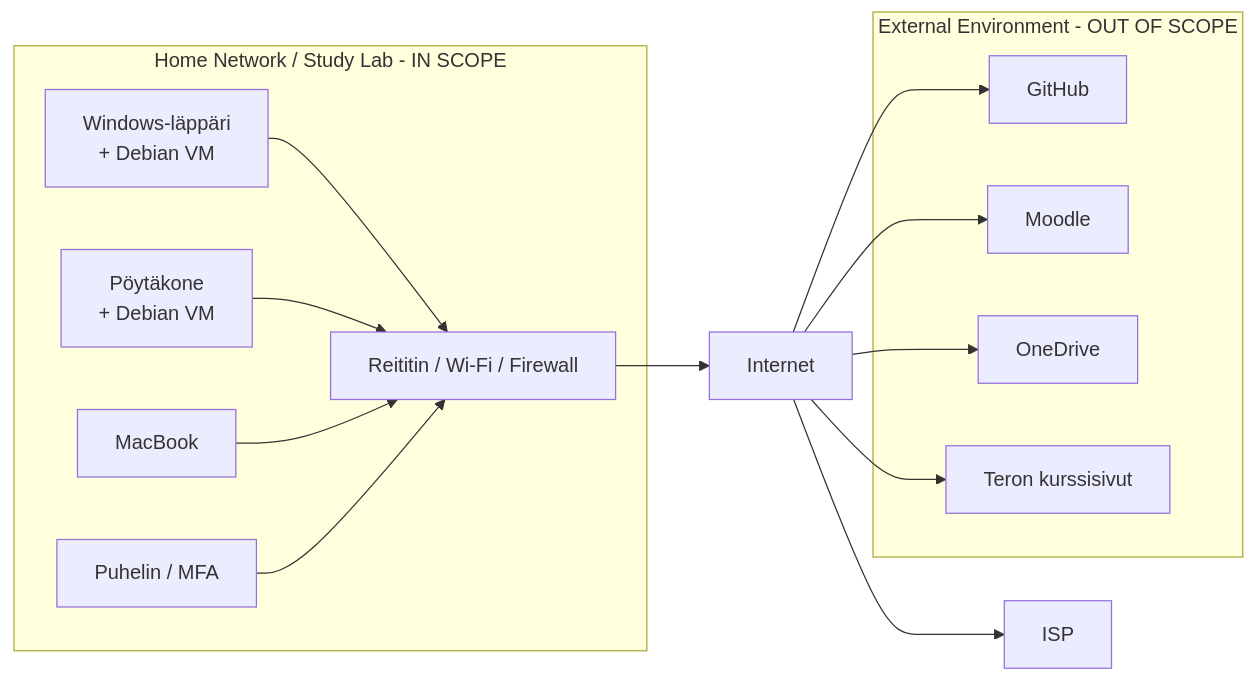
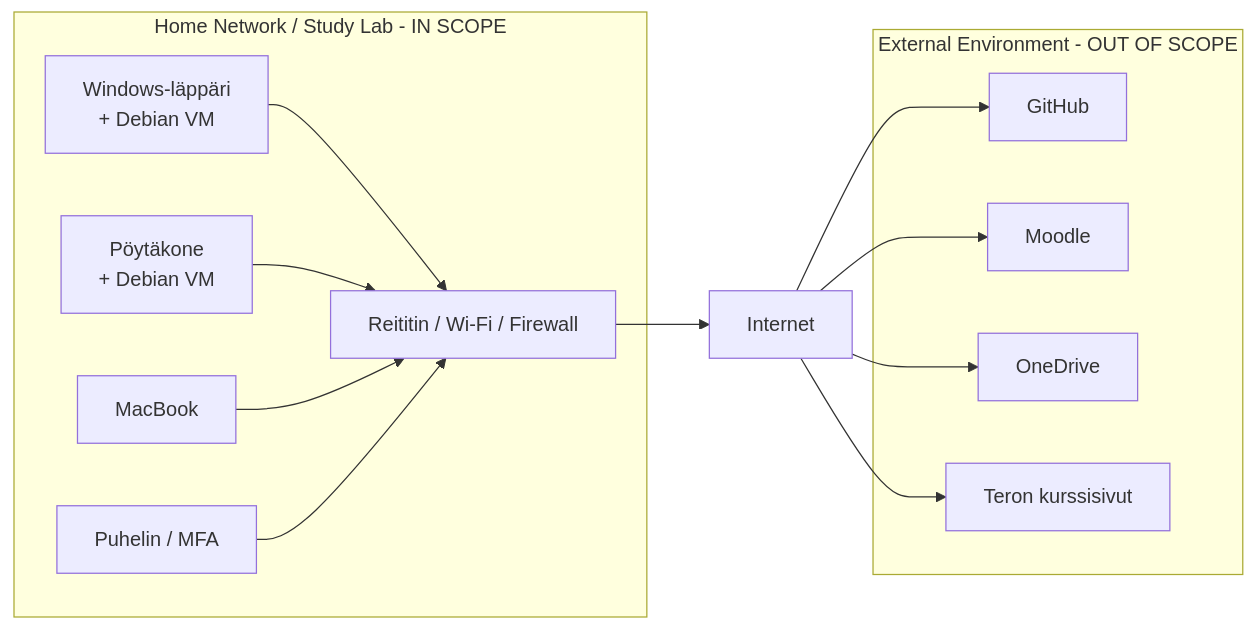
Before and after one commit to Ralchuu/sovellustenhakkerointi: the diagram in h1.md, drawn with Mermaid.

````diff
--- a/h1.md
+++ b/h1.md
@@ -89,30 +89,29 @@
 ```mermaid
 flowchart LR
     subgraph IN["Home Network / Study Lab - IN SCOPE"]
         Laptop["Windows-läppäri<br/>+ Debian VM"]
         Desktop["Pöytäkone<br/>+ Debian VM"]
         Mac["MacBook"]
         Phone["Puhelin / MFA"]
         Router["Reititin / Wi-Fi / Firewall"]
 
         Laptop --> Router
         Desktop --> Router
         Mac --> Router
         Phone --> Router
     end
 
     Router --> Internet["Internet"]
 
     subgraph OUT["External Environment - OUT OF SCOPE"]
         GitHub["GitHub"]
         Moodle["Moodle"]
         OneDrive["OneDrive"]
         Tero["Teron kurssisivut"]
     end
 
     Internet --> GitHub
     Internet --> Moodle
     Internet --> OneDrive
     Internet --> Tero
-    Internet --> ISP
 ```
````
